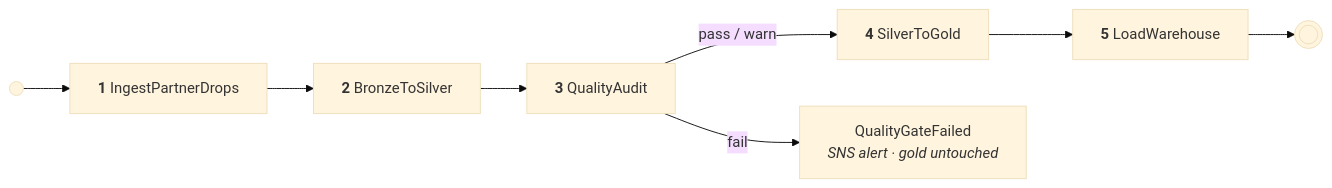
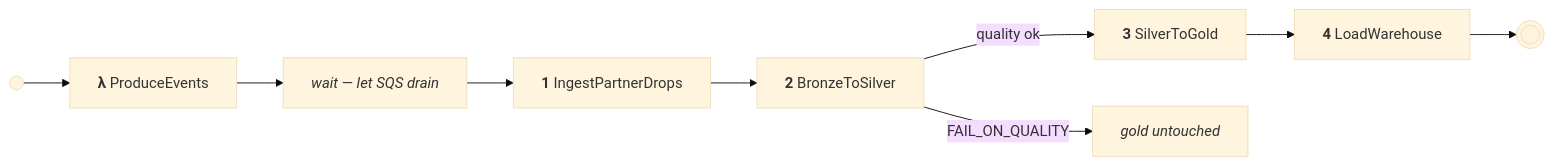
One commit to mohamedamine050/aws_data_eng_project changed the fifth of 5 diagrams in README.md. Above: the diagram before and after it, drawn with Mermaid (base theme). The commit also changed other lines of this file and 22 other files, not shown here.

````diff
--- a/README.md
+++ b/README.md
@@ -293,15 +293,15 @@
 ```mermaid
 flowchart LR
-    START(( )) --> Z
+    START(( )) --> P
+    P["<b>λ</b> ProduceEvents"]
     Z["<b>1</b> IngestPartnerDrops"]
     A["<b>2</b> BronzeToSilver"]
-    B["<b>3</b> QualityAudit"]
-    C["<b>4</b> SilverToGold"]
-    D["<b>5</b> LoadWarehouse"]
-    X["QualityGateFailed<br/><i>SNS alert · gold untouched</i>"]
+    C["<b>3</b> SilverToGold"]
+    D["<b>4</b> LoadWarehouse"]
+    X["<i>gold untouched</i>"]
     OK((( )))
 
-    Z --> A --> B
-    B -->|"pass / warn"| C --> D --> OK
-    B -->|fail| X
+    P --> W["<i>wait — let SQS drain</i>"] --> Z --> A
+    A -->|"quality ok"| C --> D --> OK
+    A -->|"FAIL_ON_QUALITY"| X
 ```
````
